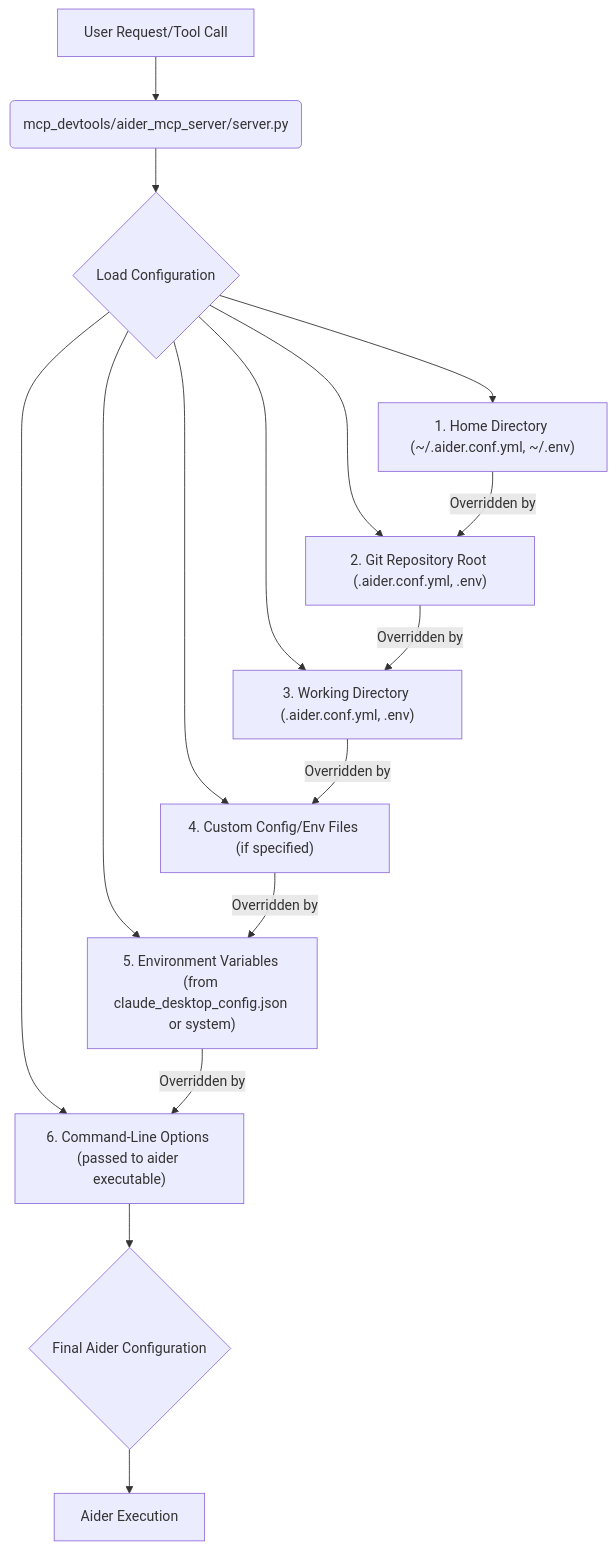
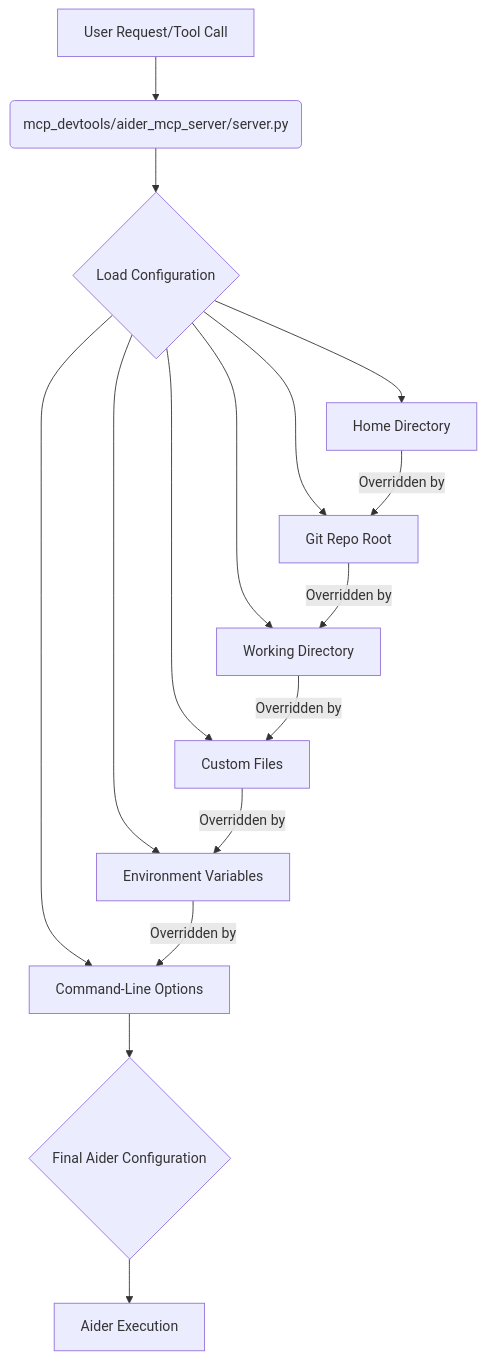
Before and after one commit to daoch4n/mcp-devtools: the diagram in docs/aider_config.md, drawn with Mermaid.

Commit message:
Refactor: Simplified Mermaid diagram labels in docs/aider_config.md

````diff
--- a/docs/aider_config.md
+++ b/docs/aider_config.md
@@ -41,18 +41,18 @@
 ```mermaid
 graph TD
     A[User Request/Tool Call] --> B(mcp_devtools/aider_mcp_server/server.py)
     B --> C{Load Configuration}
-    C --> D["1. Home Directory (~/.aider.conf.yml, ~/.env)"]
-    C --> E["2. Git Repository Root (.aider.conf.yml, .env)"]
-    C --> F["3. Working Directory (.aider.conf.yml, .env)"]
-    C --> G["4. Custom Config/Env Files (if specified)"]
-    C --> H["5. Environment Variables (from claude_desktop_config.json or system)"]
-    C --> I["6. Command-Line Options (passed to aider executable)"]
+    C --> D[Home Directory]
+    C --> E[Git Repo Root]
+    C --> F[Working Directory]
+    C --> G[Custom Files]
+    C --> H[Environment Variables]
+    C --> I[Command-Line Options]
     D -- Overridden by --> E
     E -- Overridden by --> F
     F -- Overridden by --> G
     G -- Overridden by --> H
     H -- Overridden by --> I
     I --> J{Final Aider Configuration}
     J --> K[Aider Execution]
 ```
````
